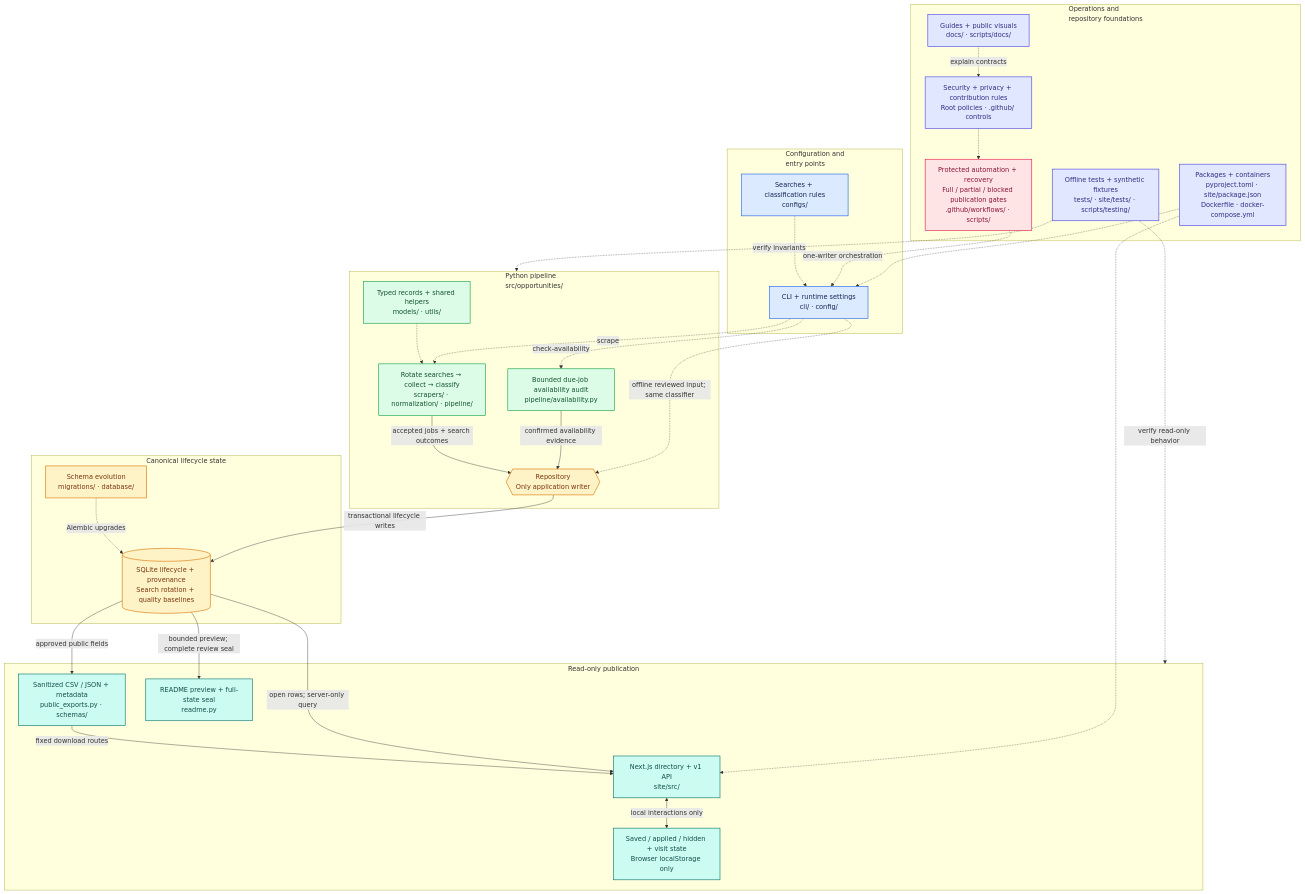
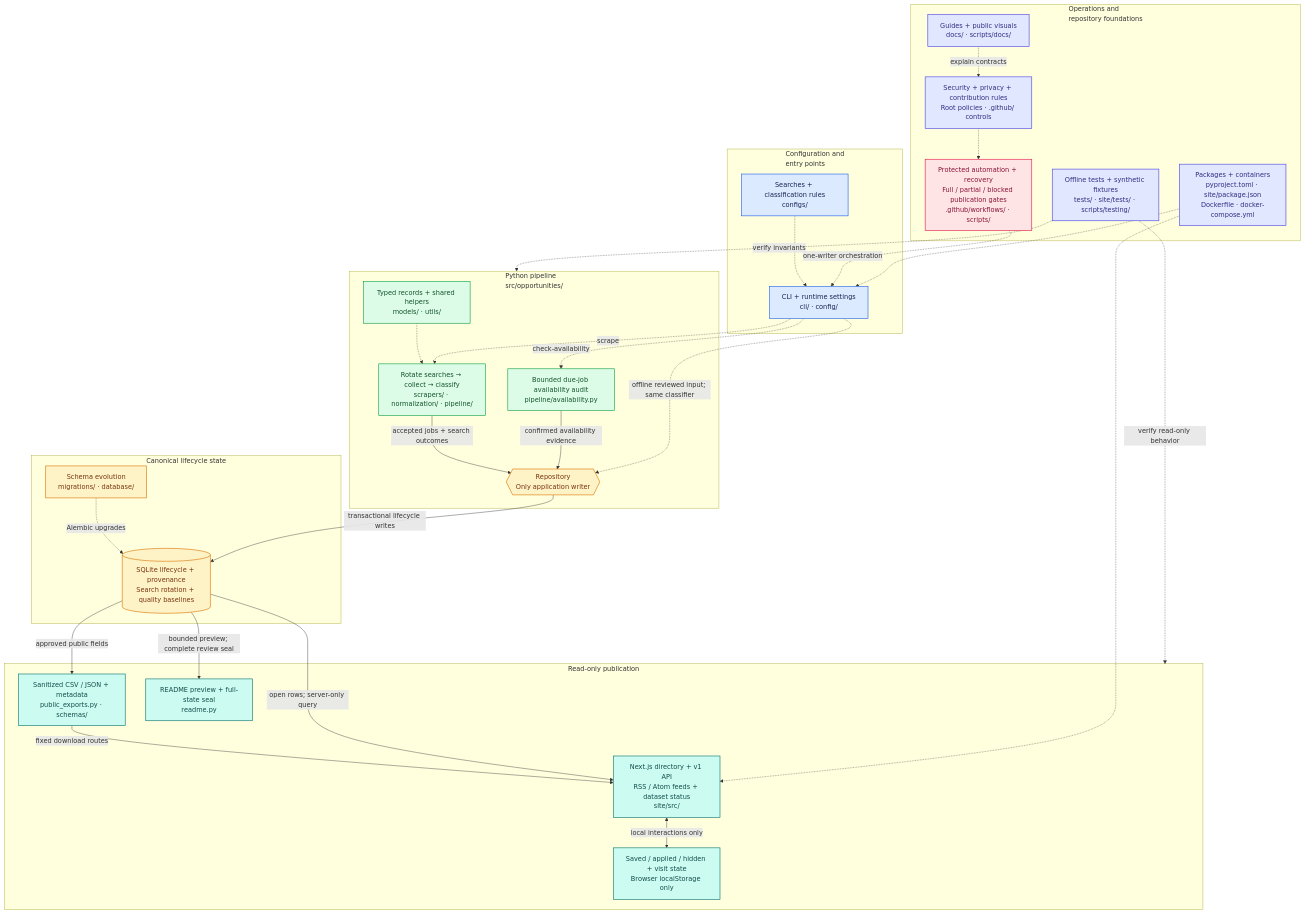
Before and after one commit to simonesiega/european-tech-opportunities-2027: the first of 5 diagrams in docs/assets/diagram/source.md, drawn with Mermaid. The commit also changed other lines of this file and 49 other files, not shown here.

Commit message:
feat: partial availability publication (#258)

````diff
--- a/docs/assets/diagram/source.md
+++ b/docs/assets/diagram/source.md
@@ -11,7 +11,7 @@
 ```mermaid
 flowchart TB
     accTitle: European Tech Opportunities 2027 — repository overview
-    accDescr: Configuration and the CLI drive permission-gated collection with persistent oldest-completed search rotation and a separate bounded availability audit. Repository is the only application writer to canonical SQLite. HTTP 429 stops source requests; completed searches can publish only after quality and integrity gates and manual review. Other source denials and all audit denials block publication. The website, API, exports, and README are read-only projections. README projections include English and five translations with localized presentation of identical canonical data; only English controls the reviewed-state barrier.
+    accDescr: Configuration and the CLI drive permission-gated collection with persistent oldest-completed search rotation and a separate bounded availability audit. Repository is the only application writer to canonical SQLite. HTTP 429 stops source requests; completed searches or confirmed availability checks can qualify for partial publication only after applicable validation gates and manual review. Other source denials and mixed failures block publication. A rate-limited audit never starts scraping. The website, listing API, RSS and Atom feeds, dataset status, exports, and README are read-only projections. README projections include English and five translations with localized presentation of identical canonical data; only English controls the reviewed-state barrier.
 
     subgraph CONTROL["Configuration and<br/>entry points"]
         CONFIG["Searches + classification rules<br/>configs/"]
@@ -36,7 +36,7 @@
     end
 
     subgraph PUBLIC["Read-only publication"]
-        WEB["Next.js directory + v1 API<br/>site/src/"]
+        WEB["Next.js directory + v1 API<br/>RSS / Atom feeds + dataset status<br/>site/src/"]
         EXPORTS["Sanitized CSV / JSON + metadata<br/>public_exports.py · schemas/"]
         PREVIEW["README preview + full-state seal<br/>readme.py"]
         LOCAL["Saved / applied / hidden + visit state<br/>Browser localStorage only"]
````
